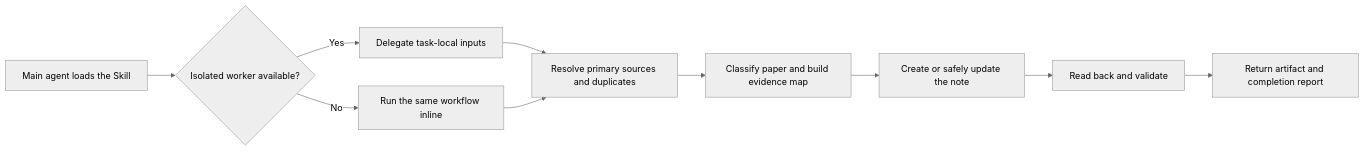
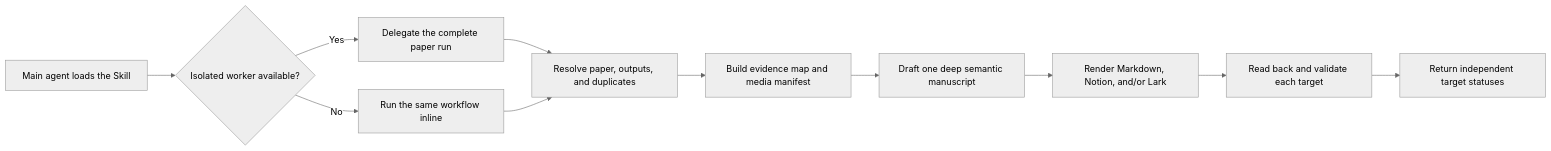
Before and after one commit to wanng-ide/open-paper-analysis: the diagram in README.md, drawn with Mermaid (neutral theme). The commit also changed other lines of this file and 46 other files, not shown here.

Commit message:
feat: add deep multi-output paper analysis

````diff
--- a/README.md
+++ b/README.md
@@ -32,12 +31,13 @@
 ```mermaid
 flowchart LR
     A[Main agent loads the Skill] --> B{Isolated worker available?}
-    B -- Yes --> C[Delegate task-local inputs]
+    B -- Yes --> C[Delegate the complete paper run]
     B -- No --> D[Run the same workflow inline]
-    C --> E[Resolve primary sources and duplicates]
+    C --> E[Resolve paper, outputs, and duplicates]
     D --> E
-    E --> F[Classify paper and build evidence map]
-    F --> G[Create or safely update the note]
-    G --> H[Read back and validate]
-    H --> I[Return artifact and completion report]
+    E --> F[Build evidence map and media manifest]
+    F --> G[Draft one deep semantic manuscript]
+    G --> H[Render Markdown, Notion, and/or Lark]
+    H --> I[Read back and validate each target]
+    I --> J[Return independent target statuses]
 ```
````
